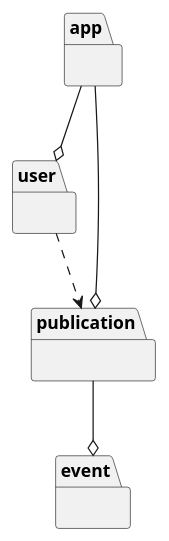
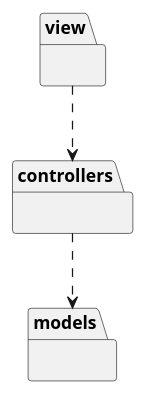
Before and after one commit to Dayannis-07/ING_SOFT: the diagram in docs/scenariosView/packageDiagram.plantuml, drawn with PlantUML. The commit also changed 2 other files, not shown here.

Commit message:
update package diagram

```diff
--- a/docs/scenariosView/packageDiagram.plantuml
+++ b/docs/scenariosView/packageDiagram.plantuml
@@ -1,16 +1,12 @@
 @startuml packageDiagram
 
-package user{}
+package view{}
 
-package publication{}
+package controllers{}
 
-package event{}
+package models{}
 
-package app{}
-
-user ..> publication
-publication --o event
-app --o user
-app --o publication
+view ..> controllers
+controllers ..> models
  
 @enduml
```
